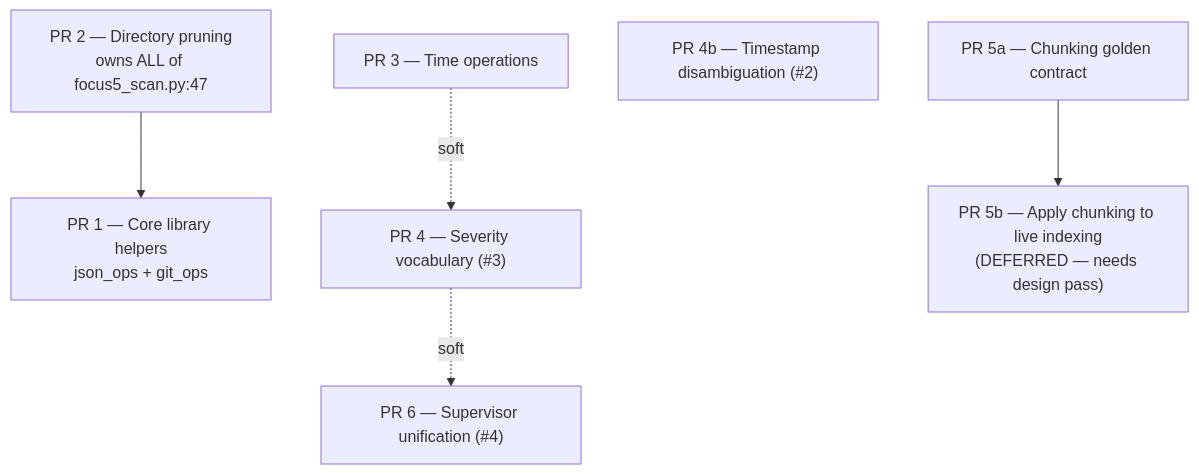
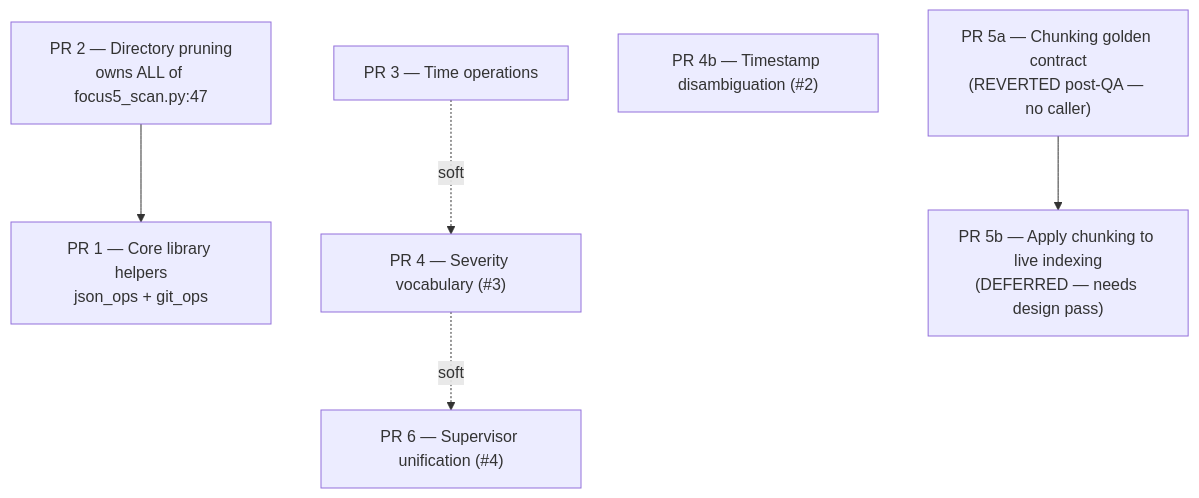
Before and after one commit to HiQS-Labs/rebalanceOS: the diagram in PROJECT/2-WORKING/GH-5-SUBSYSTEM-CONSOLIDATION.md, drawn with Mermaid. The commit also changed other lines of this file and 2 other files, not shown here.

````diff
--- a/PROJECT/2-WORKING/GH-5-SUBSYSTEM-CONSOLIDATION.md
+++ b/PROJECT/2-WORKING/GH-5-SUBSYSTEM-CONSOLIDATION.md
@@ -96,16 +137,16 @@
 ```mermaid
 flowchart TD
     PR2["PR 2 — Directory pruning<br/>owns ALL of focus5_scan.py:47"]
     PR1["PR 1 — Core library helpers<br/>json_ops + git_ops"]
     PR3["PR 3 — Time operations"]
     PR4["PR 4 — Severity vocabulary (#3)"]
     PR4b["PR 4b — Timestamp disambiguation (#2)"]
-    PR5a["PR 5a — Chunking golden contract"]
+    PR5a["PR 5a — Chunking golden contract<br/>(REVERTED post-QA — no caller)"]
     PR5b["PR 5b — Apply chunking to live indexing<br/>(DEFERRED — needs design pass)"]
     PR6["PR 6 — Supervisor unification (#4)"]
 
     PR2 --> PR1
     PR5a --> PR5b
     PR3 -.soft.-> PR4
     PR4 -.soft.-> PR6
 ```
````
